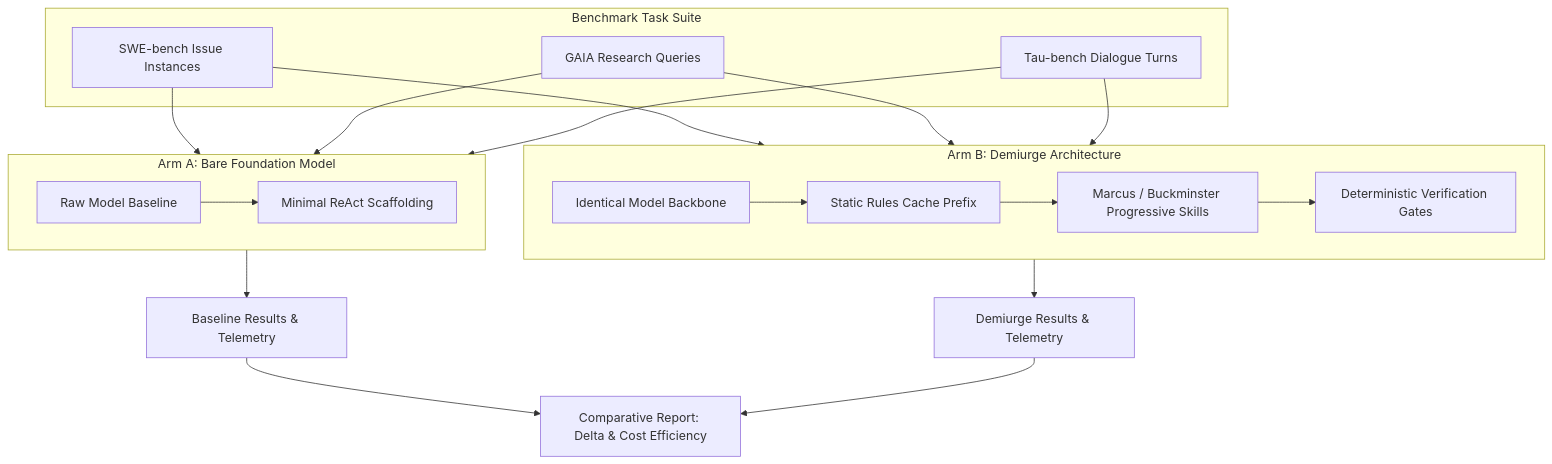
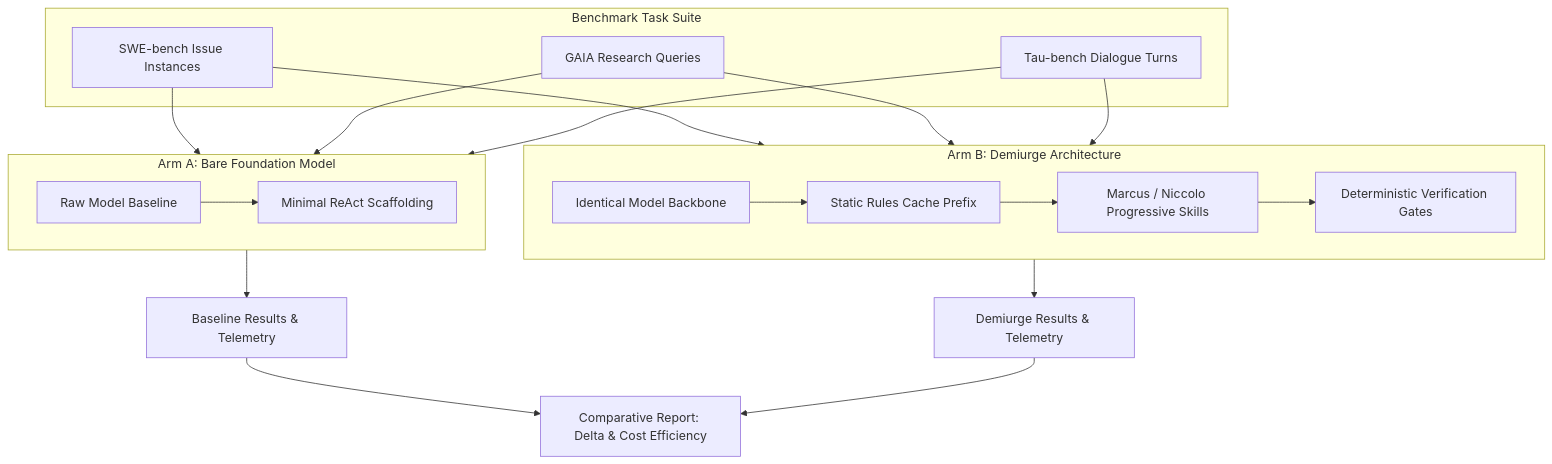
One commit to syst0m/demiurge changed the diagram in docs/BENCHMARKS.md. Above: the diagram before and after it, drawn with Mermaid. The commit also changed other lines of this file and 43 other files, not shown here.

First line of the commit message:
Rename Buckminster to Niccolo; add personas guide

````diff
--- a/docs/BENCHMARKS.md
+++ b/docs/BENCHMARKS.md
@@ -29,35 +29,35 @@
 ```mermaid
 flowchart TD
     subgraph Benchmark_Input [Benchmark Task Suite]
         T1[SWE-bench Issue Instances]
         T2[GAIA Research Queries]
         T3[Tau-bench Dialogue Turns]
     end
 
     subgraph Control_Arm [Arm A: Bare Foundation Model]
         BA[Raw Model Baseline]
         BP[Minimal ReAct Scaffolding]
         BA --> BP
     end
 
     subgraph Treatment_Arm [Arm B: Demiurge Architecture]
         DM[Identical Model Backbone]
         PR[Static Rules Cache Prefix]
-        SK[Marcus / Buckminster Progressive Skills]
+        SK[Marcus / Niccolo Progressive Skills]
         GT[Deterministic Verification Gates]
         DM --> PR --> SK --> GT
     end
 
     T1 --> Control_Arm
     T1 --> Treatment_Arm
     T2 --> Control_Arm
     T2 --> Treatment_Arm
     T3 --> Control_Arm
     T3 --> Treatment_Arm
 
     Control_Arm --> MA[Baseline Results & Telemetry]
     Treatment_Arm --> MB[Demiurge Results & Telemetry]
 
     MA --> CMP[Comparative Report: Delta & Cost Efficiency]
     MB --> CMP
 ```
````
